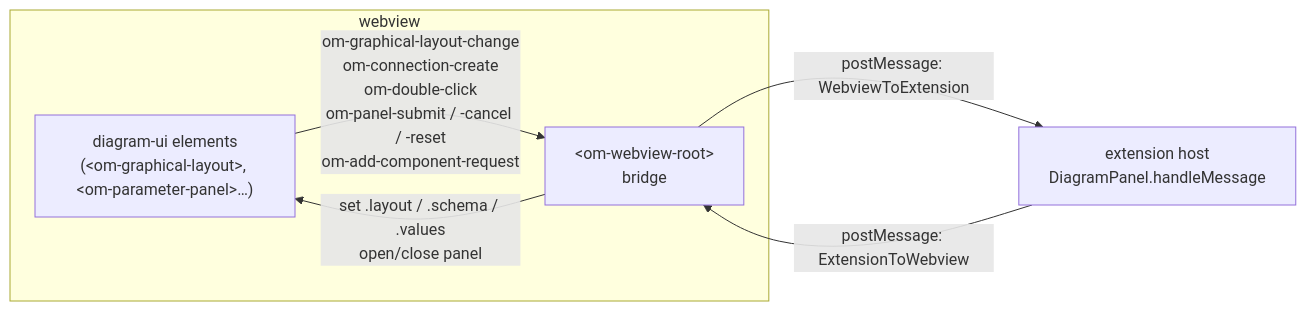
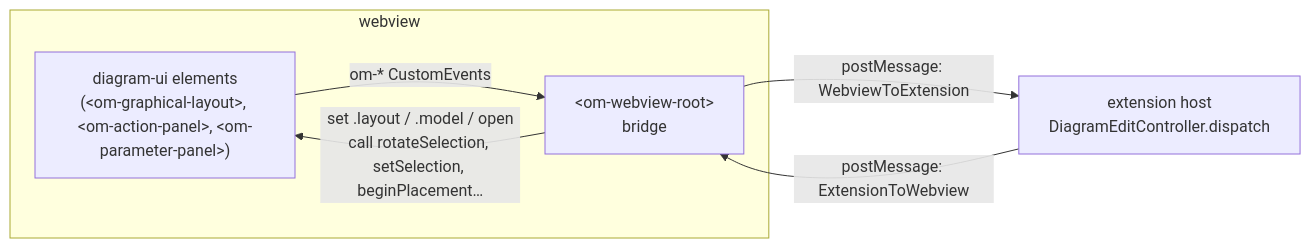
The first of 3 diagrams in docs/protocol.md (dicode-ayo/modelica-wrapper), drawn with Mermaid before and after one commit. The commit also changed other lines of this file, not shown here.

````diff
--- a/docs/protocol.md
+++ b/docs/protocol.md
@@ -18,12 +26,12 @@
 ```mermaid
 flowchart LR
     subgraph webview
-        L["diagram-ui elements<br/>(&lt;om-graphical-layout&gt;, &lt;om-parameter-panel&gt;…)"]
+        L["diagram-ui elements<br/>(&lt;om-graphical-layout&gt;, &lt;om-action-panel&gt;, &lt;om-parameter-panel&gt;)"]
         R["&lt;om-webview-root&gt;<br/>bridge"]
-        L -->|"om-graphical-layout-change<br/>om-connection-create<br/>om-double-click<br/>om-panel-submit / -cancel / -reset<br/>om-add-component-request"| R
-        R -->|"set .layout / .schema / .values<br/>open/close panel"| L
+        L -->|"om-* CustomEvents"| R
+        R -->|"set .layout / .model / open<br/>call rotateSelection, setSelection, beginPlacement…"| L
     end
-    H["extension host<br/>DiagramPanel.handleMessage"]
+    H["extension host<br/>DiagramEditController.dispatch"]
     R -->|"postMessage: WebviewToExtension"| H
     H -->|"postMessage: ExtensionToWebview"| R
 ```
````
